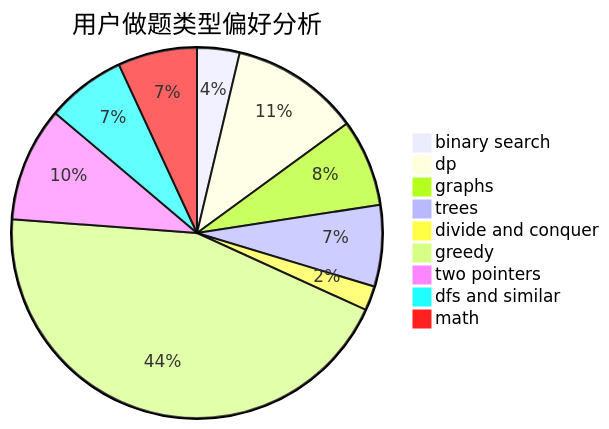
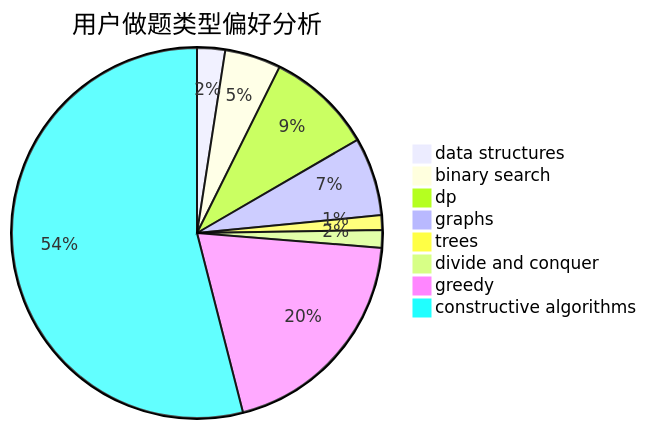
One commit to sherpahu/cfrs.github.io changed the second of 3 diagrams in docs/user/u760.md. Above: the diagram before and after it, drawn with Mermaid. The commit also changed other lines of this file and 2775 other files, not shown here.

````diff
--- a/docs/user/u760.md
+++ b/docs/user/u760.md
@@ -23,12 +23,11 @@
 ```mermaid
 pie title 用户做题类型偏好分析
-    "binary search" :  59
-    "dp" :  179
-    "graphs" :  121
-    "trees" :  113
-    "divide and conquer" :  34
-    "greedy" :  706
-    "two pointers" :  159
-    "dfs and similar" :  110
-    "math" :  110
+    "data structures" :  19
+    "binary search" :  38
+    "dp" :  72
+    "graphs" :  53
+    "trees" :  10
+    "divide and conquer" :  12
+    "greedy" :  153
+    "constructive algorithms" :  419
 ```
````
